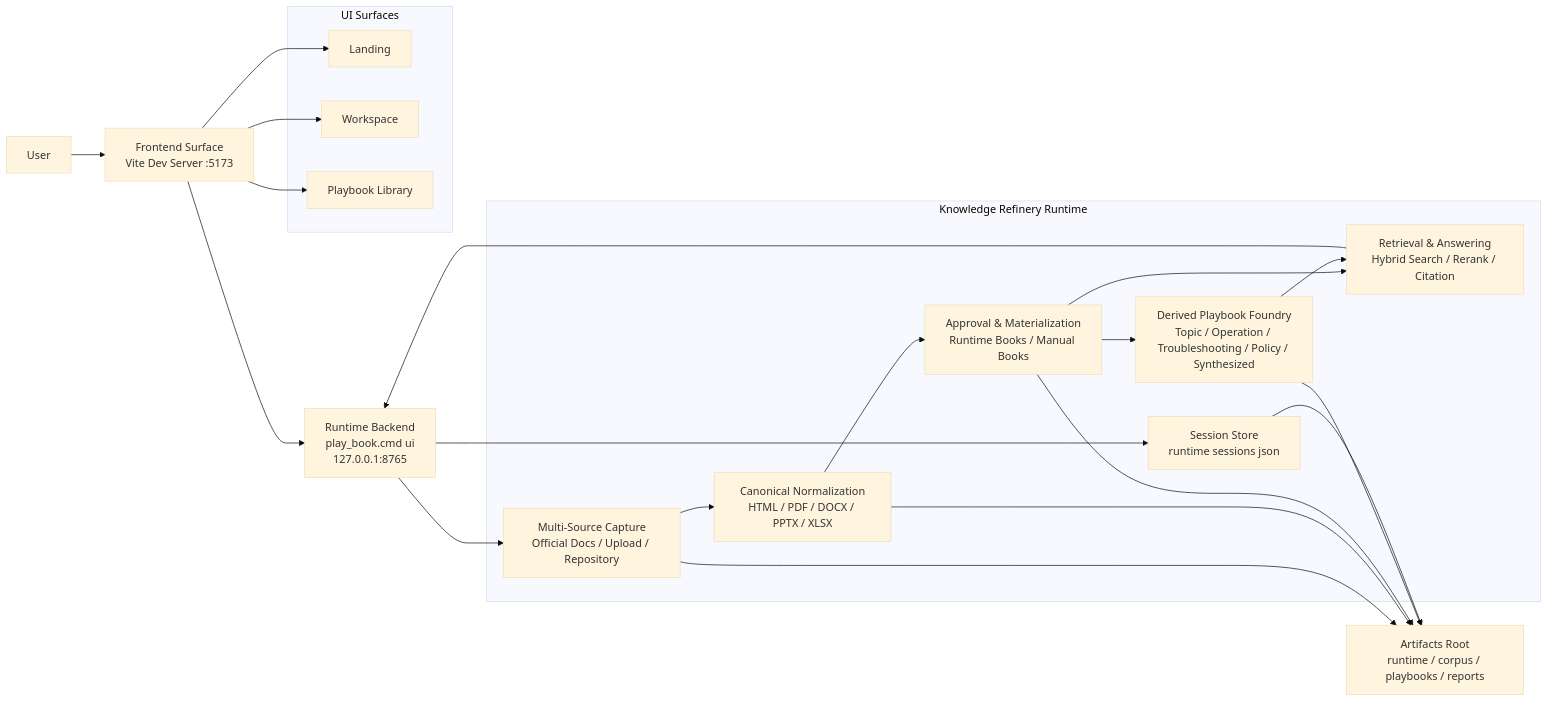
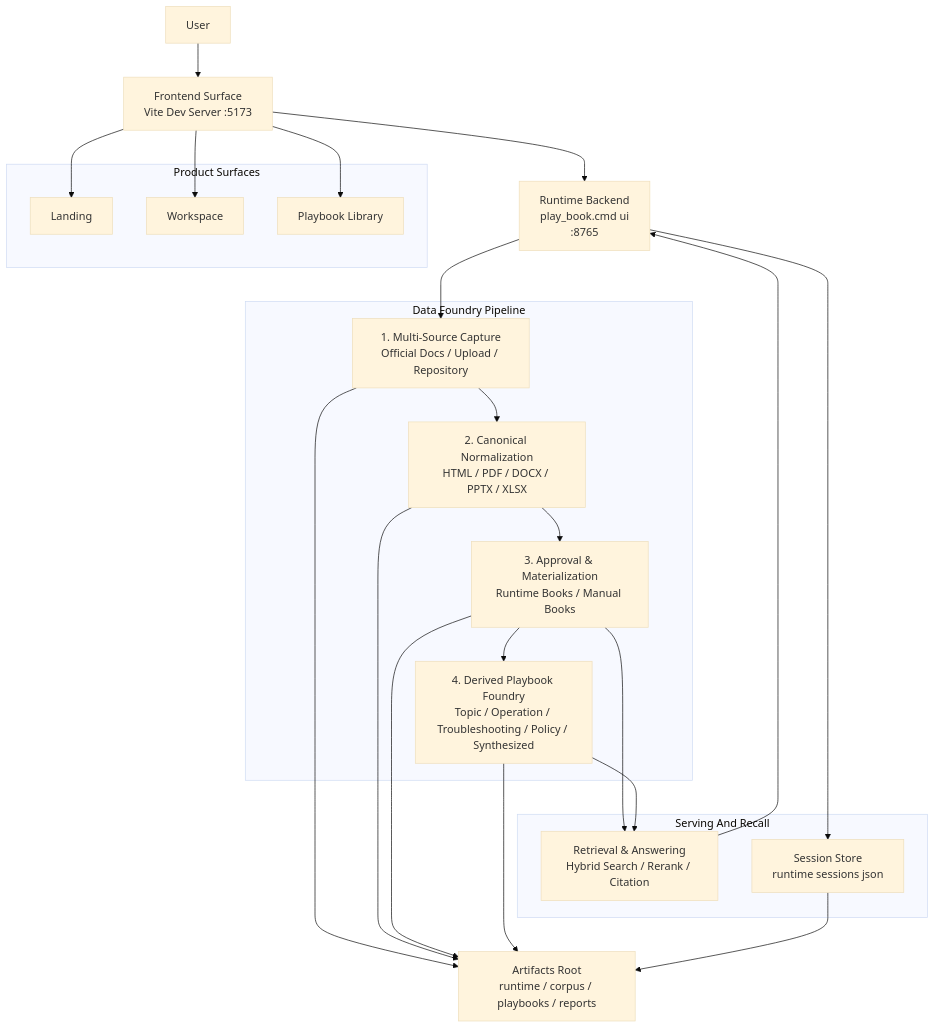
The diagram in README.md (souluk319/ocp-rag-chatbot), drawn with Mermaid (base theme) before and after one commit. The commit also changed other lines of this file and 2 other files, not shown here.

````diff
--- a/README.md
+++ b/README.md
@@ -48,40 +66,48 @@
 ```mermaid
-flowchart LR
-    U["User"] --> FE["Frontend Surface<br/>Vite Dev Server :5173"]
+flowchart TB
+    U["User"]
 
-    subgraph FEBOX["UI Surfaces"]
-      L["Landing"]
-      W["Workspace"]
-      P["Playbook Library"]
+    subgraph SURFACE["Product Surfaces"]
+      LAND["Landing"]
+      WORK["Workspace"]
+      LIB["Playbook Library"]
     end
 
-    FE --> L
-    FE --> W
-    FE --> P
+    FE["Frontend Surface<br/>Vite Dev Server :5173"]
+    API["Runtime Backend<br/>play_book.cmd ui<br/>:8765"]
 
-    FE --> API["Runtime Backend<br/>play_book.cmd ui<br/>127.0.0.1:8765"]
+    subgraph FOUNDRY["Data Foundry Pipeline"]
+      CAP["1. Multi-Source Capture<br/>Official Docs / Upload / Repository"]
+      NORM["2. Canonical Normalization<br/>HTML / PDF / DOCX / PPTX / XLSX"]
+      APPROVE["3. Approval & Materialization<br/>Runtime Books / Manual Books"]
+      DERIVE["4. Derived Playbook Foundry<br/>Topic / Operation / Troubleshooting / Policy / Synthesized"]
+    end
 
-    subgraph INGEST["Knowledge Refinery Runtime"]
-      CAP["Multi-Source Capture<br/>Official Docs / Upload / Repository"]
-      NORM["Canonical Normalization<br/>HTML / PDF / DOCX / PPTX / XLSX"]
-      APPROVE["Approval & Materialization<br/>Runtime Books / Manual Books"]
-      DERIVE["Derived Playbook Foundry<br/>Topic / Operation / Troubleshooting / Policy / Synthesized"]
+    subgraph SERVE["Serving And Recall"]
       RET["Retrieval & Answering<br/>Hybrid Search / Rerank / Citation"]
       SESS["Session Store<br/>runtime sessions json"]
     end
+
+    ART["Artifacts Root<br/>runtime / corpus / playbooks / reports"]
+
+    U --> FE
+    FE --> LAND
+    FE --> WORK
+    FE --> LIB
+    FE --> API
 
     API --> CAP
     CAP --> NORM
     NORM --> APPROVE
     APPROVE --> DERIVE
     APPROVE --> RET
     DERIVE --> RET
     RET --> API
     API --> SESS
 
-    CAP --> ART["Artifacts Root<br/>runtime / corpus / playbooks / reports"]
+    CAP --> ART
     NORM --> ART
     APPROVE --> ART
     DERIVE --> ART
     SESS --> ART
 ```
````
